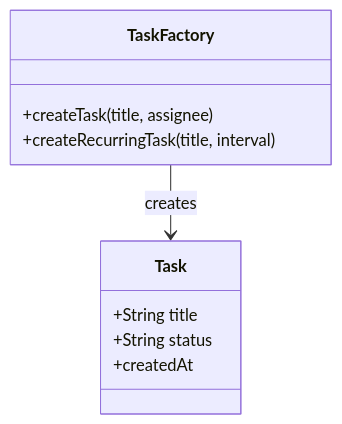
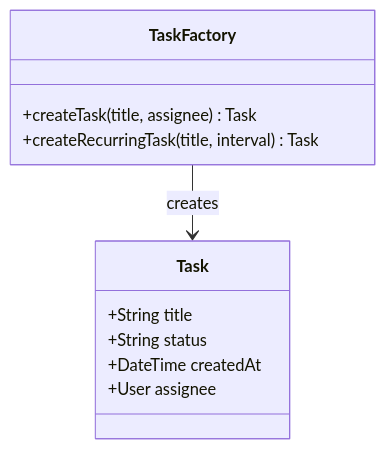
Before and after one commit to suli-g/stratum: the eighth of 10 diagrams in docs/level-1/L02.md, drawn with Mermaid. The commit also changed other lines of this file, not shown here.

````diff
--- a/docs/level-1/L02.md
+++ b/docs/level-1/L02.md
@@ -274,14 +268,15 @@
 ```{mermaid}
 classDiagram
     class Task {
         +String title
         +String status
-        +createdAt
+        +DateTime createdAt
+        +User assignee
     }
     class TaskFactory {
-        +createTask(title, assignee)
-        +createRecurringTask(title, interval)
+        +createTask(title, assignee) Task
+        +createRecurringTask(title, interval) Task
     }
-    
+
     TaskFactory --> Task : creates
 ```
````
